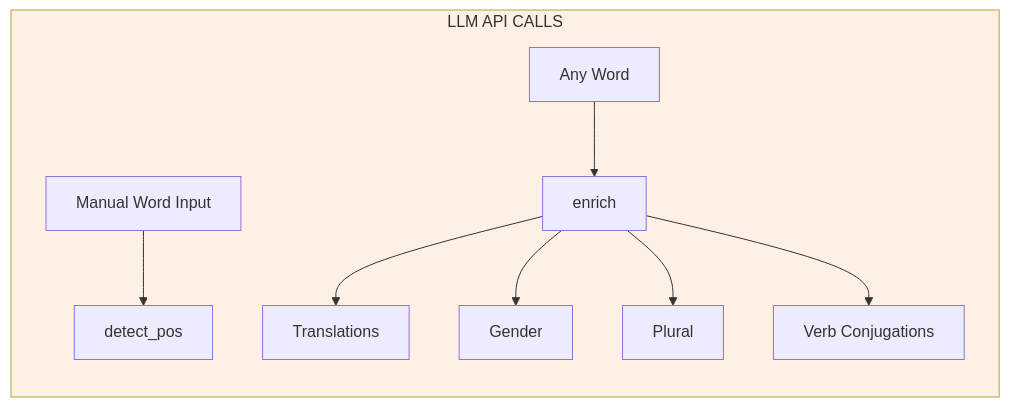
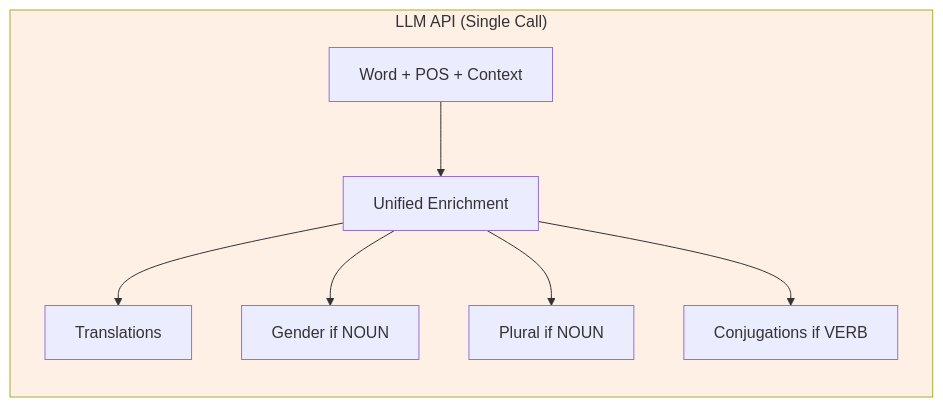
One commit to sapientpants/vocabext changed the eighth of 9 diagrams in docs/llm-pipelines.md. Above: the diagram before and after it, drawn with Mermaid. The commit also changed other lines of this file and 6 other files, not shown here.

First line of the commit message:
feat: unify LLM pipeline with single API call per word

````diff
--- a/docs/llm-pipelines.md
+++ b/docs/llm-pipelines.md
@@ -431,14 +349,12 @@
 ```mermaid
 flowchart LR
-    subgraph LLM["LLM API CALLS"]
-        A[Manual Word Input] --> B[detect_pos]
-
-        C[Any Word] --> D[enrich]
-        D --> E[Translations]
-        D --> F[Gender]
-        D --> G[Plural]
-        D --> H[Verb Conjugations]
+    subgraph LLM["LLM API (Single Call)"]
+        A[Word + POS + Context] --> B[Unified Enrichment]
+        B --> C[Translations]
+        B --> D[Gender if NOUN]
+        B --> E[Plural if NOUN]
+        B --> F[Conjugations if VERB]
     end
 
     style LLM fill:#fff0e6
 ```
````
